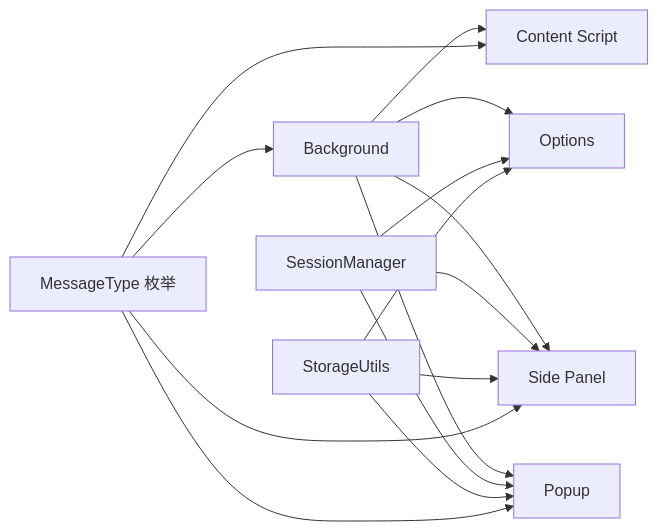
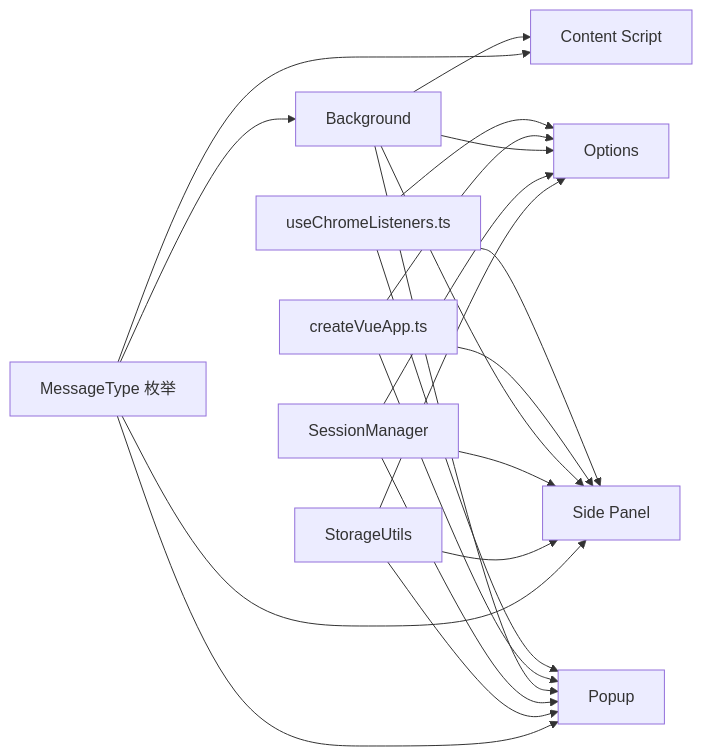
Before and after one commit to liaolongdong/account-password-helper: the sixth of 6 diagrams in .qoder/repowiki/zh/content/扩展入口点/扩展入口点.md, drawn with Mermaid. The commit also changed other lines of this file and 23 other files, not shown here.

````diff
--- a/.qoder/repowiki/zh/content/扩展入口点/扩展入口点.md
+++ b/.qoder/repowiki/zh/content/扩展入口点/扩展入口点.md
@@ -260,17 +330,23 @@
 ```mermaid
 graph LR
 MSG["MessageType 枚举"] --> BG["Background"]
 MSG --> CT["Content Script"]
 MSG --> SP["Side Panel"]
 MSG --> POP["Popup"]
 STORE["StorageUtils"] --> POP
 STORE --> SP
 STORE --> OPT["Options"]
 SESS["SessionManager"] --> POP
 SESS --> SP
 SESS --> OPT
 BG --> CT
 BG --> SP
 BG --> POP
 BG --> OPT
+CREATEAPP["createVueApp.ts"] --> POP
+CREATEAPP --> SP
+CREATEAPP --> OPT
+LISTENERS["useChromeListeners.ts"] --> SP
+LISTENERS --> POP
+LISTENERS --> OPT
 ```
````
